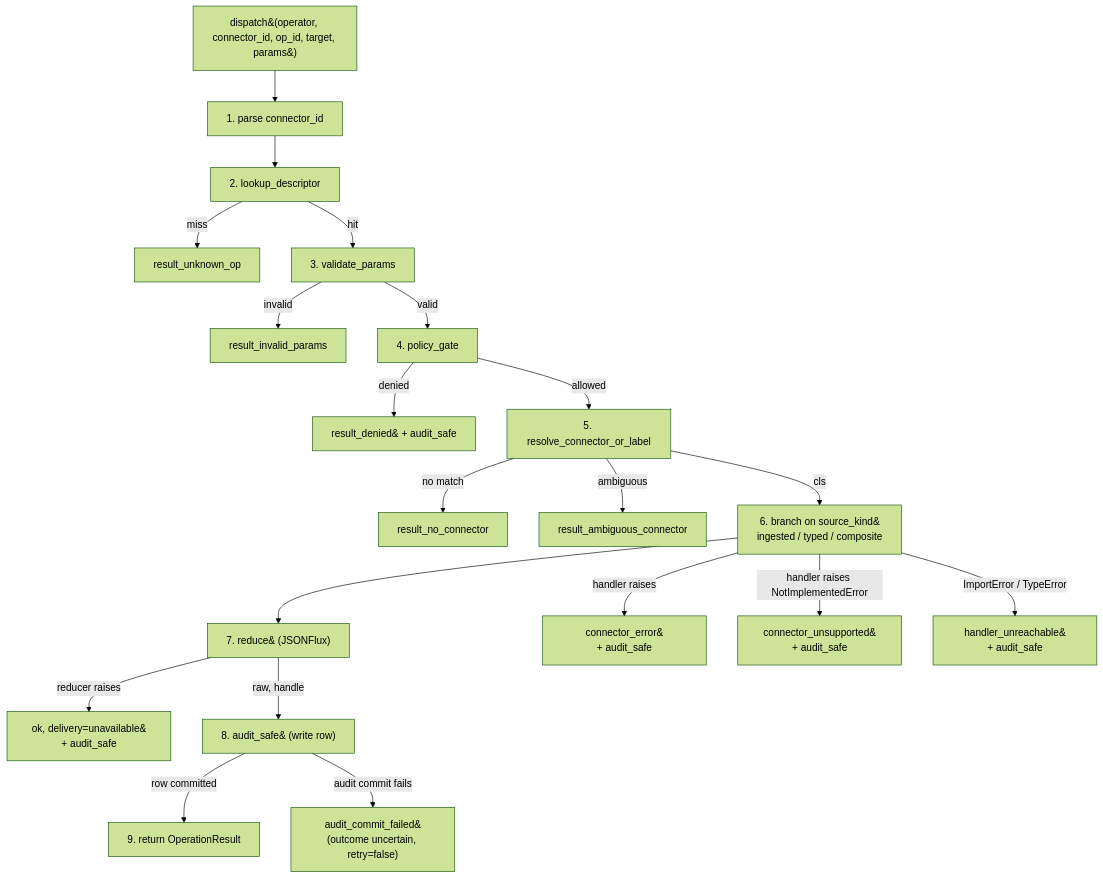
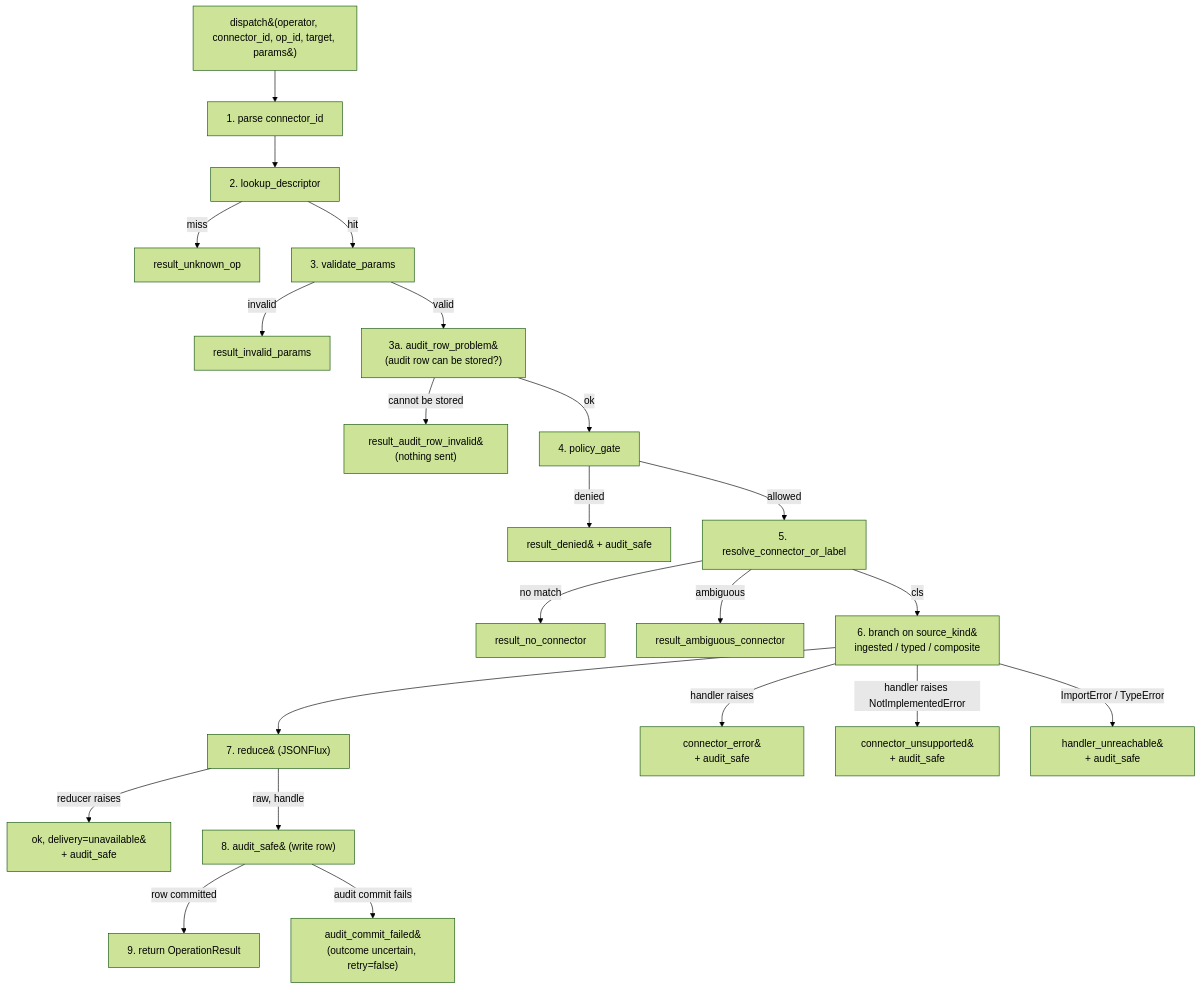
One commit to evoila/meho changed the diagram in docs/architecture/operations-substrate.md. Above: the diagram before and after it, drawn with Mermaid (forest theme). The commit also changed other lines of this file and 4 other files, not shown here.

First line of the commit message:
fix(operations): audit row check refuses NaN, never raises, matches stored name

````diff
--- a/docs/architecture/operations-substrate.md
+++ b/docs/architecture/operations-substrate.md
@@ -195,22 +195,24 @@
 ```mermaid
 flowchart TD
     A[dispatch&#40;operator, connector_id, op_id, target, params&#41;] --> B[1. parse connector_id]
     B --> C[2. lookup_descriptor]
     C -->|miss| Z1[result_unknown_op]
     C -->|hit| D[3. validate_params]
     D -->|invalid| Z2[result_invalid_params]
-    D -->|valid| E[4. policy_gate]
+    D -->|valid| D2["3a. audit_row_problem&#10;(audit row can be stored?)"]
+    D2 -->|cannot be stored| Z2a["result_audit_row_invalid&#10;(nothing sent)"]
+    D2 -->|ok| E[4. policy_gate]
     E -->|denied| Z3["result_denied&#10;+ audit_safe"]
     E -->|allowed| F["5. resolve_connector_or_label"]
     F -->|no match| Z4[result_no_connector]
     F -->|ambiguous| Z4a[result_ambiguous_connector]
     F -->|cls| G["6. branch on source_kind&#10;ingested / typed / composite"]
     G --> H["7. reduce&#10;(JSONFlux)"]
     H -->|reducer raises| Z5["ok, delivery=unavailable&#10;+ audit_safe"]
     H -->|raw, handle| I["8. audit_safe&#10;(write row)"]
     I -->|row committed| J[9. return OperationResult]
     I -->|audit commit fails| Z8["audit_commit_failed&#10;(outcome uncertain, retry=false)"]
     G -->|handler raises| Z6["connector_error&#10;+ audit_safe"]
     G -->|handler raises NotImplementedError| Z6a["connector_unsupported&#10;+ audit_safe"]
     G -->|ImportError / TypeError| Z7["handler_unreachable&#10;+ audit_safe"]
 ```
````
